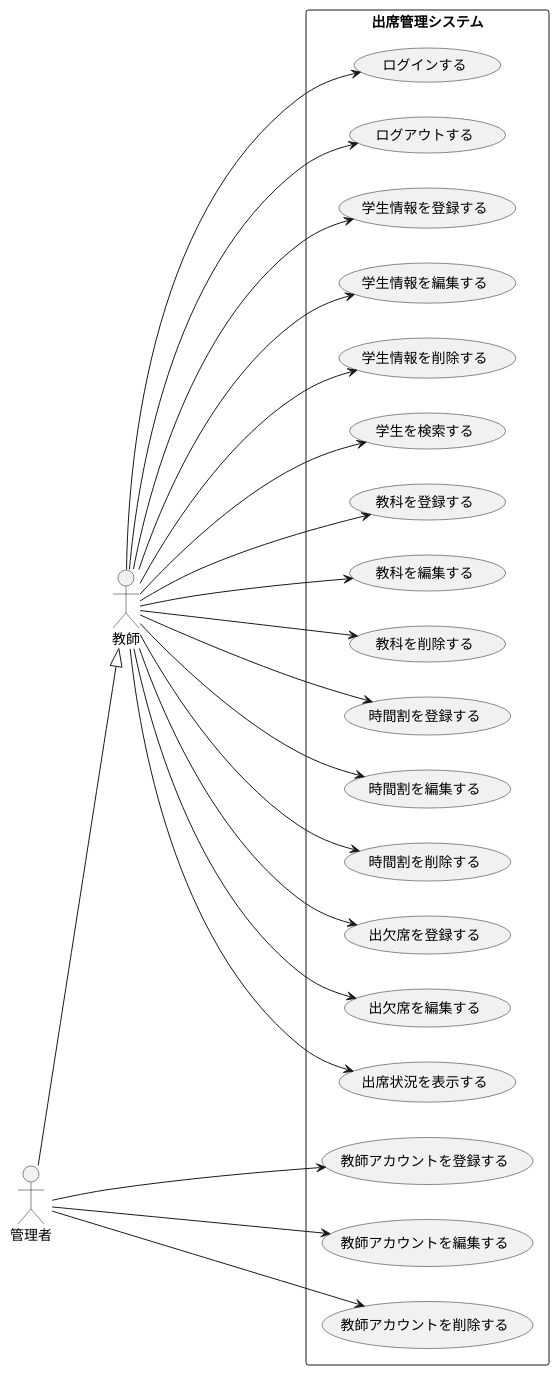
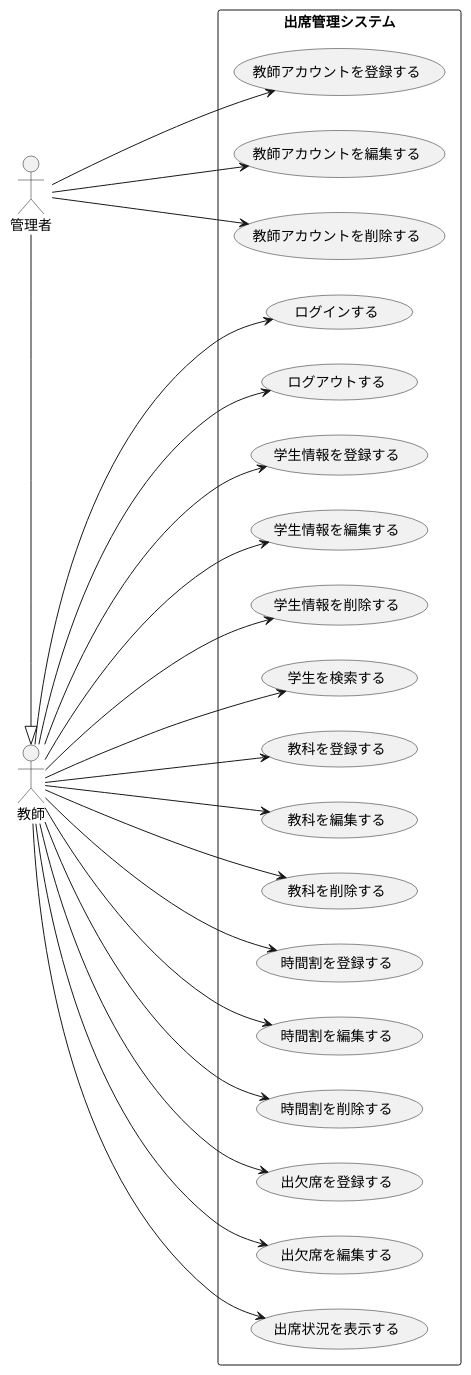
The diagram in test.pu (syutamorijyobi/attendance_management), drawn with PlantUML before and after one commit.

```diff
--- a/test.pu
+++ b/test.pu
@@ -1,44 +1,44 @@
 @startuml 出欠席管理システム
 left to right direction
 actor 教師
 actor 管理者
 rectangle 出席管理システム {
 usecase 教師アカウントを登録する
 usecase 教師アカウントを編集する
 usecase 教師アカウントを削除する
 usecase ログインする
 usecase ログアウトする
 usecase 学生情報を登録する
 usecase 学生情報を編集する
 usecase 学生情報を削除する
 usecase 学生を検索する
 usecase 教科を登録する
 usecase 教科を編集する
 usecase 教科を削除する
 usecase 時間割を登録する
 usecase 時間割を編集する
 usecase 時間割を削除する
 usecase 出欠席を登録する
 usecase 出欠席を編集する
 usecase 出席状況を表示する
 }
-管理者 --|> 教師
+管理者 -|> 教師
 教師 --> ログアウトする
 教師 --> ログインする
-管理者 --> 教師アカウントを登録する
-管理者 --> 教師アカウントを編集する
-管理者 --> 教師アカウントを削除する
+管理者 ---> 教師アカウントを登録する
+管理者 ---> 教師アカウントを編集する
+管理者 ---> 教師アカウントを削除する
 教師 --> 学生情報を登録する
 教師 --> 学生情報を編集する
 教師 --> 学生情報を削除する
 教師 --> 学生を検索する
 教師 --> 教科を登録する
 教師 --> 教科を編集する
 教師 --> 教科を削除する
 教師 --> 時間割を登録する
 教師 --> 時間割を編集する
 教師 --> 時間割を削除する
 教師 ----> 出欠席を登録する
 教師 ---> 出欠席を編集する
 教師 -----> 出席状況を表示する
 @enduml
```
